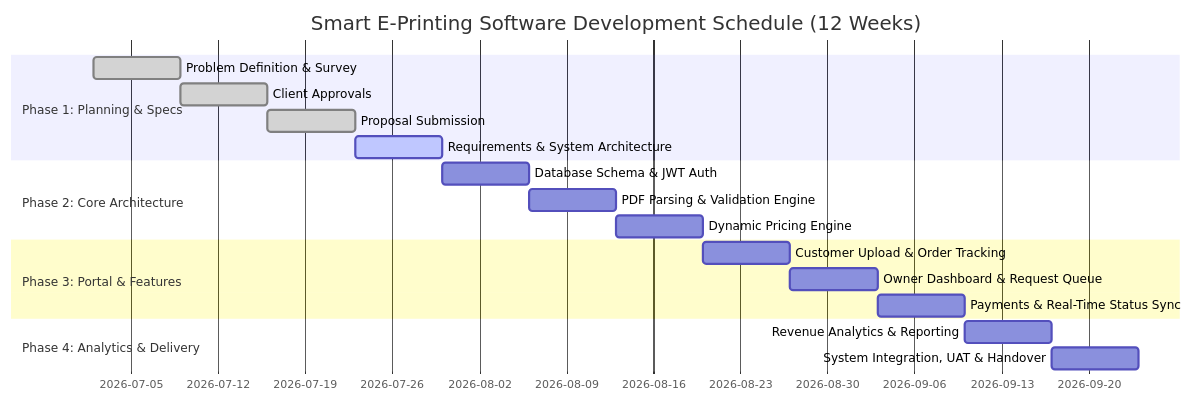
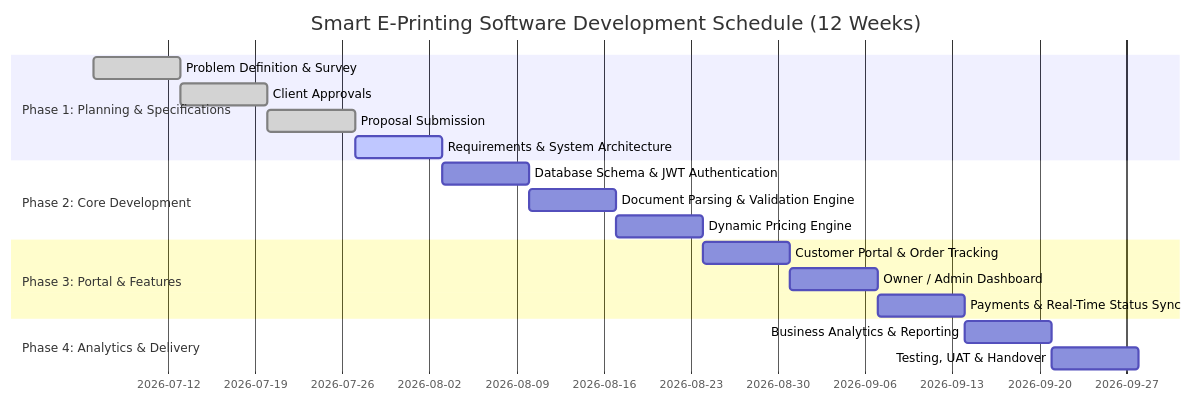
The diagram in PROJECT_TIMELINE.md (isrujalpatel/Smart-e-Print), drawn with Mermaid before and after one commit. The commit also changed other lines of this file, not shown here.

````diff
--- a/PROJECT_TIMELINE.md
+++ b/PROJECT_TIMELINE.md
@@ -34,21 +34,25 @@
 ```mermaid
 gantt
     title Smart E-Printing Software Development Schedule (12 Weeks)
-    dateFormat  YYYY-MM-DD
-    section Phase 1: Planning & Specs
-    Problem Definition & Survey        :done, p1, 2026-07-02, 7d
-    Client Approvals                   :done, p2, 2026-07-09, 7d
-    Proposal Submission                :done, p3, 2026-07-16, 7d
-    Requirements & System Architecture :active, p4, 2026-07-23, 7d
-    section Phase 2: Core Architecture
-    Database Schema & JWT Auth         :p5, 2026-07-30, 7d
-    PDF Parsing & Validation Engine    :p6, 2026-08-06, 7d
-    Dynamic Pricing Engine             :p7, 2026-08-13, 7d
+    dateFormat YYYY-MM-DD
+
+    section Phase 1: Planning & Specifications
+    Problem Definition & Survey          :done, p1, 2026-07-06, 7d
+    Client Approvals                     :done, p2, 2026-07-13, 7d
+    Proposal Submission                  :done, p3, 2026-07-20, 7d
+    Requirements & System Architecture   :active, p4, 2026-07-27, 7d
+
+    section Phase 2: Core Development
+    Database Schema & JWT Authentication :p5, 2026-08-03, 7d
+    Document Parsing & Validation Engine :p6, 2026-08-10, 7d
+    Dynamic Pricing Engine               :p7, 2026-08-17, 7d
+
     section Phase 3: Portal & Features
-    Customer Upload & Order Tracking   :p8, 2026-08-20, 7d
-    Owner Dashboard & Request Queue    :p9, 2026-08-27, 7d
-    Payments & Real-Time Status Sync   :p10, 2026-09-03, 7d
+    Customer Portal & Order Tracking     :p8, 2026-08-24, 7d
+    Owner / Admin Dashboard              :p9, 2026-08-31, 7d
+    Payments & Real-Time Status Sync     :p10, 2026-09-07, 7d
+
     section Phase 4: Analytics & Delivery
-    Revenue Analytics & Reporting      :p11, 2026-09-10, 7d
-    System Integration, UAT & Handover :p12, 2026-09-17, 7d
+    Business Analytics & Reporting       :p11, 2026-09-14, 7d
+    Testing, UAT & Handover              :p12, 2026-09-21, 7d
 ```
````
